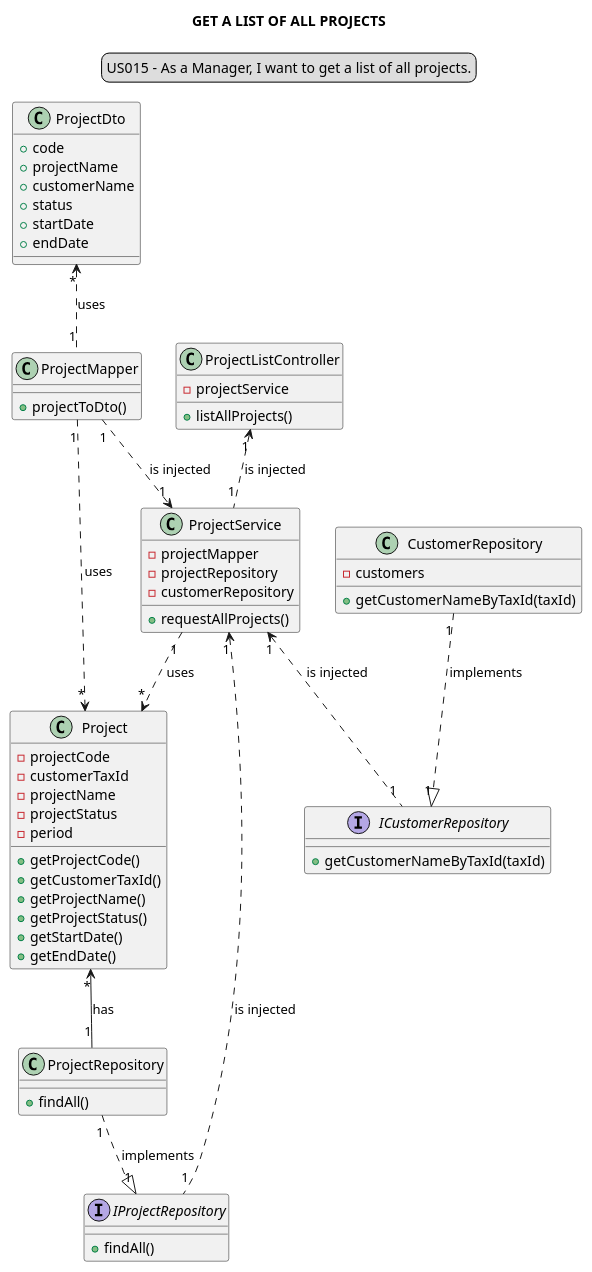
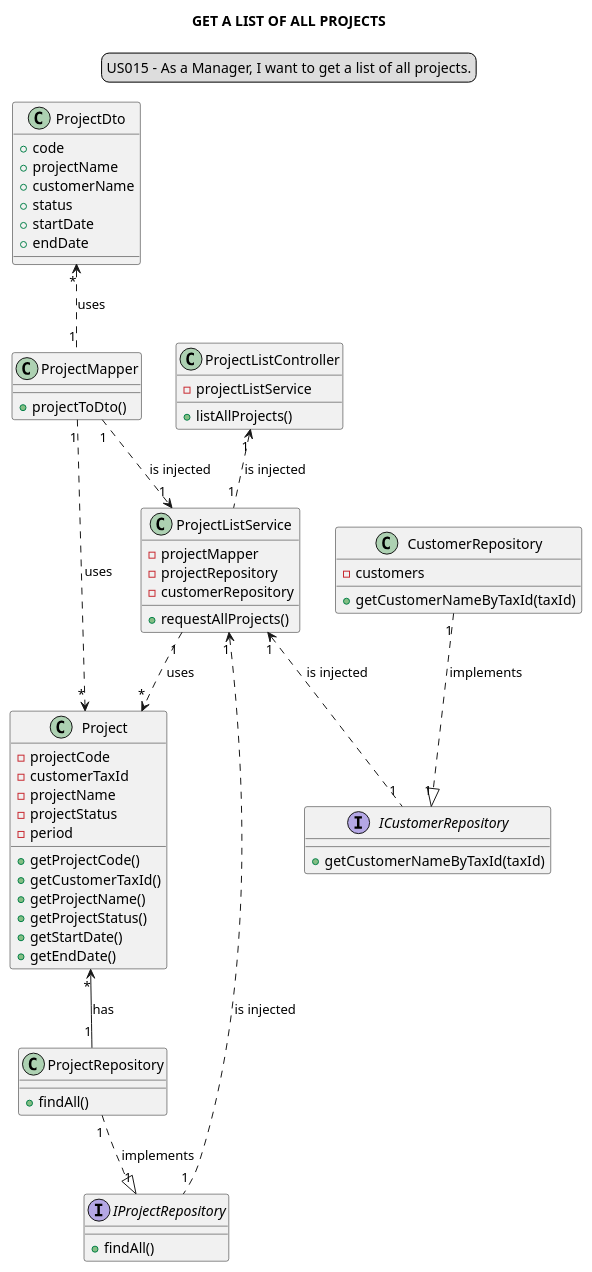
The diagram in docs/modelling_design/user_stories/sprint02/us015/US015_classDiagram_ddd.puml (Loracline/project_switch_22-23), drawn with PlantUML before and after one commit. The commit also changed 2 other files, not shown here.

Commit message:
US015: Refactor to DDD: update of class Diagram, partial class Diagram and System Sequence Diagram addresses #350

```diff
--- a/docs/modelling_design/user_stories/sprint02/us015/US015_classDiagram_ddd.puml
+++ b/docs/modelling_design/user_stories/sprint02/us015/US015_classDiagram_ddd.puml
@@ -1,76 +1,76 @@
 @startuml
 
 title GET A LIST OF ALL PROJECTS
 skinparam sequenceMessageAlign center
 legend top
 US015 - As a Manager, I want to get a list of all projects.
 end legend
 
 class "ProjectListController" {
--projectService
+-projectListService
 +listAllProjects()
 }
 
-class "ProjectService"{
+class "ProjectListService"{
 -projectMapper
 -projectRepository
 -customerRepository
 +requestAllProjects()
 }
 
 class "ProjectRepository"{
 +findAll()
 }
 
 interface "IProjectRepository"{
 +findAll()
 }
 
 class "CustomerRepository"{
 -customers
 +getCustomerNameByTaxId(taxId)
 }
 
 interface "ICustomerRepository"{
 +getCustomerNameByTaxId(taxId)
 }
 
 class "Project"{
 -projectCode
 -customerTaxId
 -projectName
 -projectStatus
 -period
 +getProjectCode()
 +getCustomerTaxId()
 +getProjectName()
 +getProjectStatus()
 +getStartDate()
 +getEndDate()
 }
 
 class "ProjectMapper"{
 +projectToDto()
 }
 
 class "ProjectDto" {
 +code
 +projectName
 +customerName
 +status
 +startDate
 +endDate
 }
 
-"ProjectListController" "1"<.."1" "ProjectService": is injected
-"ProjectService" "1"<.."1" "IProjectRepository": is injected
+"ProjectListController" "1"<.."1" "ProjectListService": is injected
+"ProjectListService" "1"<.."1" "IProjectRepository": is injected
 "ProjectRepository" "1" ..|> "1" "IProjectRepository": implements
-"ProjectService" "1"<.."1" "ICustomerRepository": is injected
+"ProjectListService" "1"<.."1" "ICustomerRepository": is injected
 "CustomerRepository" "1" ..|> "1" "ICustomerRepository": implements
-"ProjectService" "1" ..> "*" "Project": uses
-"ProjectMapper" "1" ..> "1" "ProjectService": is injected
+"ProjectListService" "1" ..> "*" "Project": uses
+"ProjectMapper" "1" ..> "1" "ProjectListService": is injected
 "ProjectMapper" "1" ..> "*" "Project": uses
 "ProjectDto" "*" <.. "1" "ProjectMapper": uses
 "Project" "*" <-down- "1" "ProjectRepository": has
 
 @enduml
```
